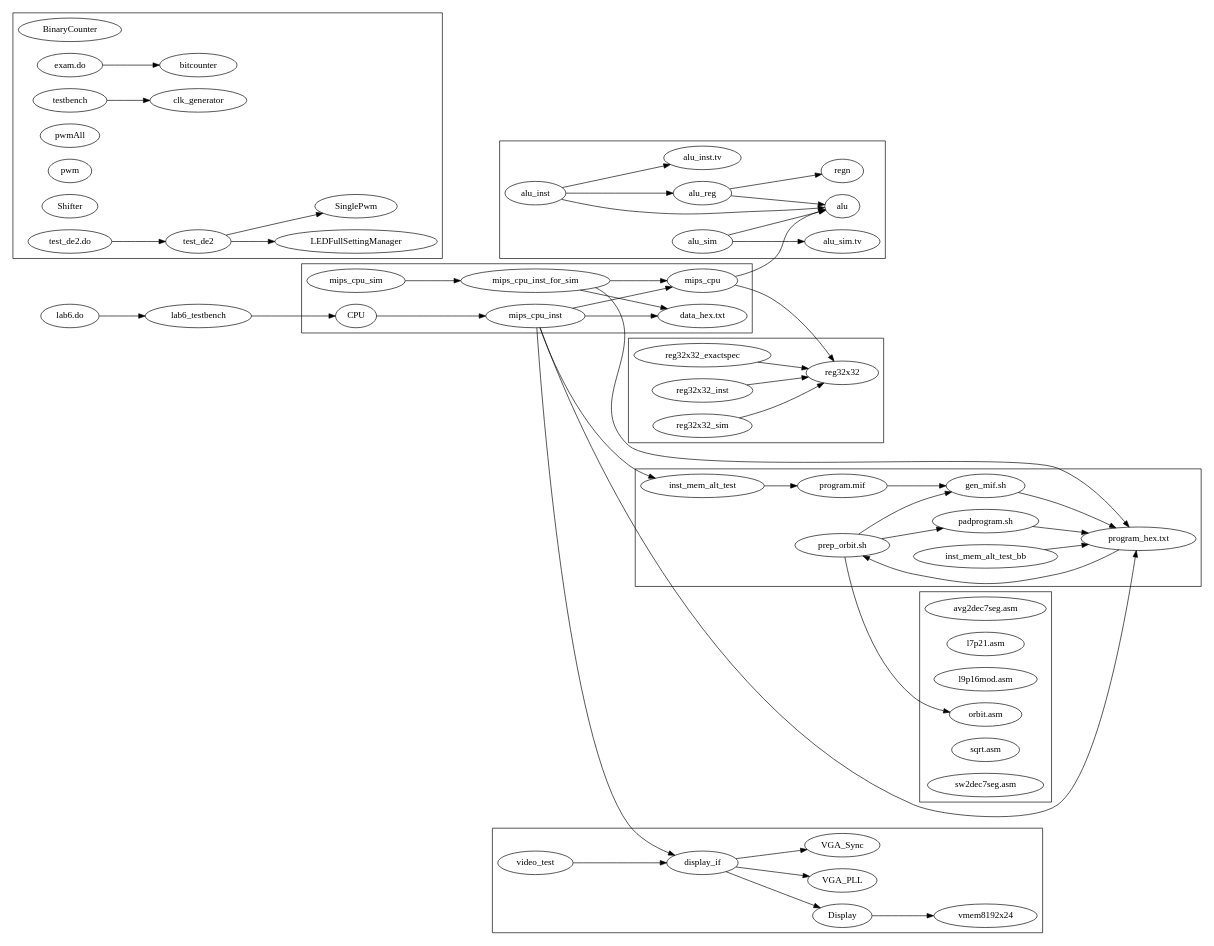
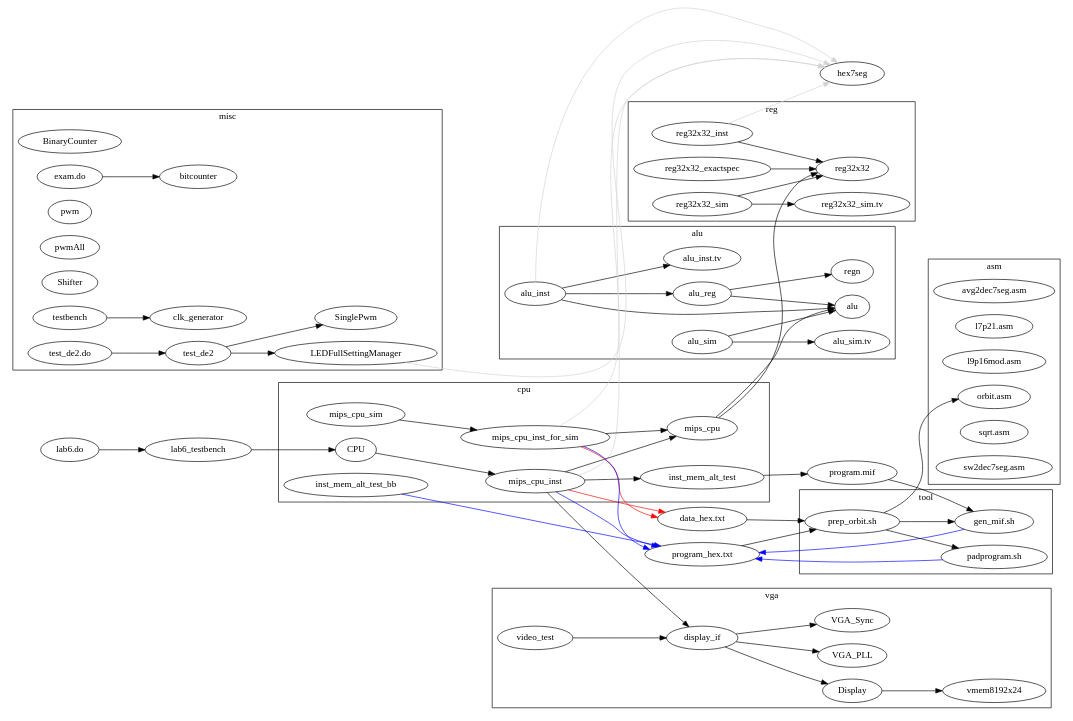
The diagram in dep_graph.dot (NighttimeDriver50000/mips_cpu_611), drawn with Graphviz before and after one commit. The commit also changed 7 other files, not shown here.

Commit message:
reorganized dep graph

```diff
--- a/dep_graph.dot
+++ b/dep_graph.dot
@@ -2,40 +2,119 @@
 
 rankdir = "LR"
 
-{
-    alu_inst
-    alu_reg
-    alu_sim
-    mips_cpu
-} -> alu
-
-alu_inst
+subgraph top {
+    hex7seg
+    "lab6.do"
+    lab6_testbench
+}
 
 {
     alu_inst
-} -> "alu_inst.tv"
+    LEDFullSettingManager
+    mips_cpu_inst
+    mips_cpu_inst_for_sim
+    reg32x32_inst
+} -> hex7seg [
+    constraint = false
+    color = lightgray
+]
 
 {
-    alu_inst
-} -> alu_reg
+    "lab6.do"
+} -> lab6_testbench
 
-alu_sim
+/**************************************/
+
+subgraph tmp {
+    "data_hex.txt"
+    "program_hex.txt"
+    "program.mif"
+}
 
 {
-    alu_sim
-} -> "alu_sim.tv"
-
-"avg2dec7seg.asm"
-
-BinaryCounter
+    rank = same
+    "data_hex.txt"
+    "program_hex.txt"
+}
 
 {
-    "exam.do"
-} -> bitcounter
+    rank = same
+    "program.mif"
+    hex7seg
+}
 
 {
-    testbench
-} -> clk_generator
+    mips_cpu_inst
+    mips_cpu_inst_for_sim
+} -> "data_hex.txt" [
+    color = red
+]
+
+{
+    "gen_mif.sh"
+    inst_mem_alt_test_bb
+    mips_cpu_inst
+    mips_cpu_inst_for_sim
+    "padprogram.sh"
+} -> "program_hex.txt" [
+    color = blue
+]
+
+{
+    inst_mem_alt_test
+} -> "program.mif"
+
+/**************************************/
+
+subgraph cluster_tool {
+    label = "tool"
+    "gen_mif.sh"
+    "padprogram.sh"
+    "prep_orbit.sh"
+}
+
+{
+    "prep_orbit.sh"
+    "program.mif"
+} -> "gen_mif.sh"
+
+{
+    "prep_orbit.sh"
+} -> "padprogram.sh"
+
+{
+    "data_hex.txt"
+    "program_hex.txt"
+} -> "prep_orbit.sh"
+
+/**************************************/
+
+subgraph cluster_asm {
+    label = "asm"
+    "avg2dec7seg.asm"
+    "l7p21.asm"
+    "l9p16mod.asm"
+    "orbit.asm"
+    "sqrt.asm"
+    "sw2dec7seg.asm"
+}
+
+{
+    "prep_orbit.sh"
+} -> "orbit.asm"
+
+/**************************************/
+
+subgraph cluster_cpu {
+    label = "cpu"
+    CPU
+    inst_mem_alt_test
+    inst_mem_alt_test_bb
+    mips_cpu
+    mips_cpu_inst
+    mips_cpu_inst_for_sim
+    mips_cpu_sim
+}
 
 {
     lab6_testbench
@@ -43,52 +122,7 @@
 
 {
     mips_cpu_inst
-    mips_cpu_inst_for_sim
-} -> "data_hex.txt"
-
-{
-    mips_cpu_inst
-    video_test
-} -> display_if
-
-{
-    display_if
-} -> Display
-
-"exam.do"
-
-{
-    "prep_orbit.sh"
-    "program.mif"
-} -> "gen_mif.sh"
-
-/*{
-    alu_inst
-    LEDFullSettingManager
-    mips_cpu_inst
-    mips_cpu_inst_for_sim
-    reg32x32_inst
-} -> hex7seg*/
-
-{
-    mips_cpu_inst
 } -> inst_mem_alt_test
-
-inst_mem_alt_test_bb
-
-"l7p21.asm"
-
-"l9p16mod.asm"
-
-"lab6.do"
-
-{
-    "lab6.do"
-} -> lab6_testbench
-
-{
-    test_de2
-} -> LEDFullSettingManager
 
 {
     mips_cpu_inst
@@ -103,35 +137,52 @@
     mips_cpu_sim
 } -> mips_cpu_inst_for_sim
 
-mips_cpu_sim
+/**************************************/
+
+subgraph cluster_alu {
+    label = "alu"
+    alu
+    alu_inst
+    "alu_inst.tv"
+    alu_reg
+    alu_sim
+    "alu_sim.tv"
+    regn
+}
 
 {
-    "prep_orbit.sh"
-} -> "orbit.asm"
+    alu_inst
+    alu_reg
+    alu_sim
+    mips_cpu
+} -> alu
 
 {
-    "prep_orbit.sh"
-} -> "padprogram.sh"
+    alu_inst
+} -> "alu_inst.tv"
 
 {
-    "program_hex.txt"
-} -> "prep_orbit.sh"
+    alu_inst
+} -> alu_reg
 
 {
-    "gen_mif.sh"
-    inst_mem_alt_test_bb
-    mips_cpu_inst
-    mips_cpu_inst_for_sim
-    "padprogram.sh"
-} -> "program_hex.txt"
+    alu_sim
+} -> "alu_sim.tv"
 
 {
-    inst_mem_alt_test
-} -> "program.mif"
+    alu_reg
+} -> regn
 
-pwmAll
+/**************************************/
 
-pwm
+subgraph cluster_reg {
+    label = "reg"
+    reg32x32
+    reg32x32_exactspec
+    reg32x32_inst
+    reg32x32_sim
+    "reg32x32_sim.tv"
+}
 
 {
     mips_cpu
@@ -140,33 +191,30 @@
     reg32x32_sim
 } -> reg32x32
 
-reg32x32_exactspec
+{
+    reg32x32_sim
+} -> "reg32x32_sim.tv"
 
-reg32x32_inst
+/**************************************/
 
-reg32x32_sim
+subgraph cluster_vga {
+    label = "vga"
+    Display
+    display_if
+    VGA_PLL
+    VGA_Sync
+    video_test
+    vmem8192x24
+}
 
 {
-    alu_reg
-} -> regn
-
-Shifter
+    display_if
+} -> Display
 
 {
-    test_de2
-} -> SinglePwm
-
-"sqrt.asm"
-
-"sw2dec7seg.asm"
-
-testbench
-
-{
-    "test_de2.do"
-} -> test_de2
-
-"test_de2.do"
+    mips_cpu_inst
+    video_test
+} -> display_if
 
 {
     display_if
@@ -176,13 +224,14 @@
     display_if
 } -> VGA_Sync
 
-video_test
-
 {
     Display
 } -> vmem8192x24
 
-subgraph clusterIndependent {
+/**************************************/
+
+subgraph cluster_misc {
+    label = "misc"
     BinaryCounter
     bitcounter
     clk_generator
@@ -192,63 +241,29 @@
     pwmAll
     Shifter
     SinglePwm
+    testbench
     test_de2
     "test_de2.do"
-    testbench
 }
 
-subgraph clusterAlu {
-    alu
-    alu_inst
-    "alu_inst.tv"
-    alu_reg
-    alu_sim
-    "alu_sim.tv"
-    regn
-}
+{
+    "exam.do"
+} -> bitcounter
 
-subgraph clusterReg32 {
-    reg32x32
-    reg32x32_exactspec
-    reg32x32_inst
-    reg32x32_sim
-}
+{
+    testbench
+} -> clk_generator
 
-subgraph clusterVideo {
-    Display
-    display_if
-    VGA_PLL
-    VGA_Sync
-    video_test
-    vmem8192x24
-}
+{
+    test_de2
+} -> LEDFullSettingManager
 
-subgraph clusterCpu {
-    CPU
-    "data_hex.txt"
-    mips_cpu
-    mips_cpu_inst
-    mips_cpu_inst_for_sim
-    mips_cpu_sim
-}
+{
+    test_de2
+} -> SinglePwm
 
-subgraph clusterInstMem {
-    "gen_mif.sh"
-    inst_mem_alt_test
-    inst_mem_alt_test_bb
-    "padprogram.sh"
-    "prep_orbit.sh"
-    "program.mif"
-    "program_hex.txt"
-}
-
-subgraph clusterAsm {
-    "avg2dec7seg.asm"
-    "l7p21.asm"
-    "l9p16mod.asm"
-    "orbit.asm"
-    "sqrt.asm"
-    "sw2dec7seg.asm"
-}
+{
+    "test_de2.do"
+} -> test_de2
 
 }
```
